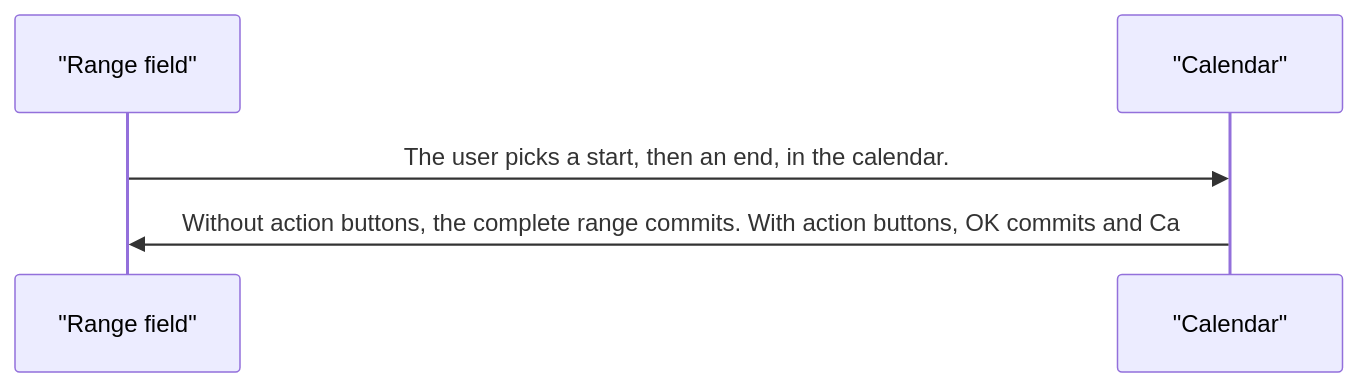
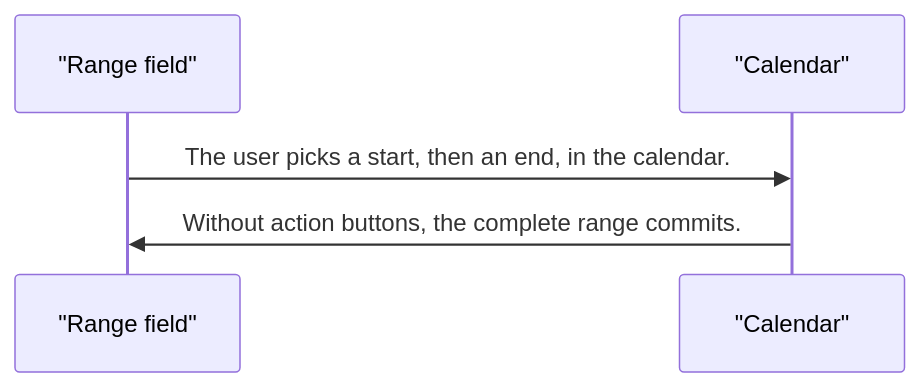
The third of 3 diagrams in projects/pixel-ui/src/lib/pixel-date-range-picker/DESIGN.md (RajshekharBorate/pixel-ui), drawn with Mermaid before and after one commit. The commit also changed other lines of this file and 80 other files, not shown here.

Commit message:
Fill missing design flows and correct the stories that did not match component behavior.

````diff
--- a/projects/pixel-ui/src/lib/pixel-date-range-picker/DESIGN.md
+++ b/projects/pixel-ui/src/lib/pixel-date-range-picker/DESIGN.md
@@ -59,7 +59,7 @@
 ```mermaid
 sequenceDiagram
   participant field as "Range field"
   participant cal as "Calendar"
   field->>cal: The user picks a start, then an end, in the calendar.
-  cal->>field: Without action buttons, the complete range commits. With action buttons, OK commits and Ca
+  cal->>field: Without action buttons, the complete range commits.
 ```
````
